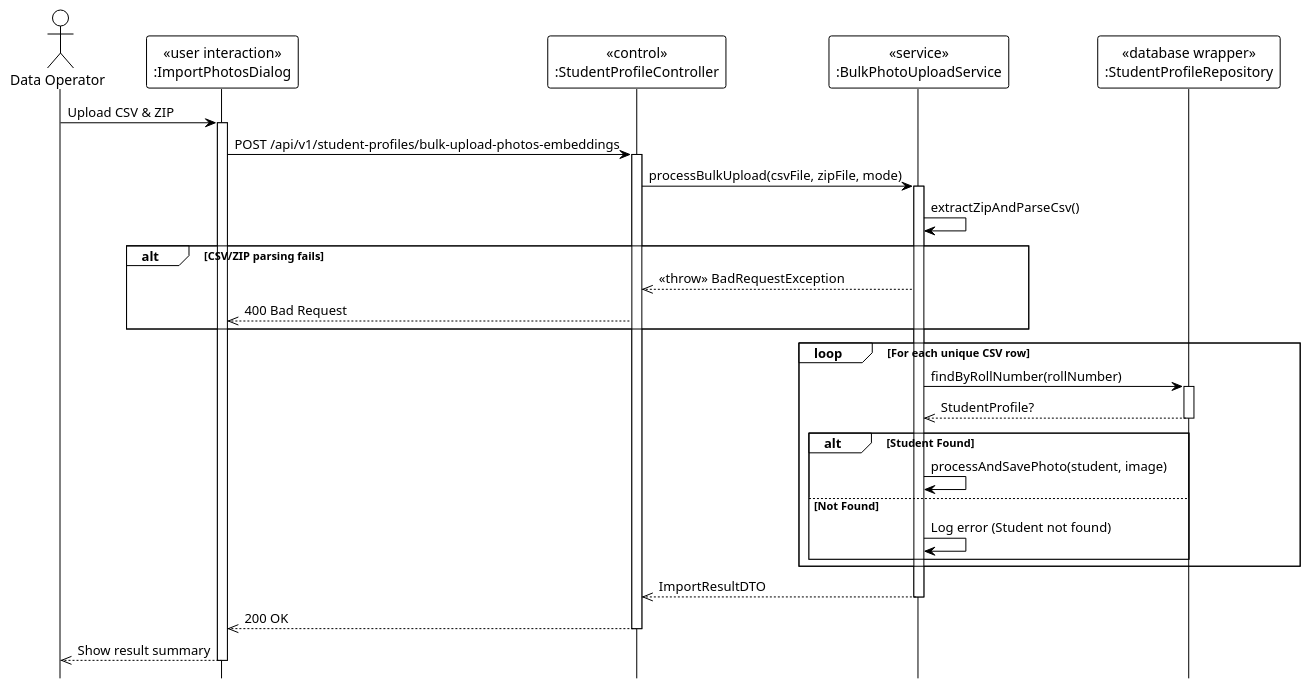
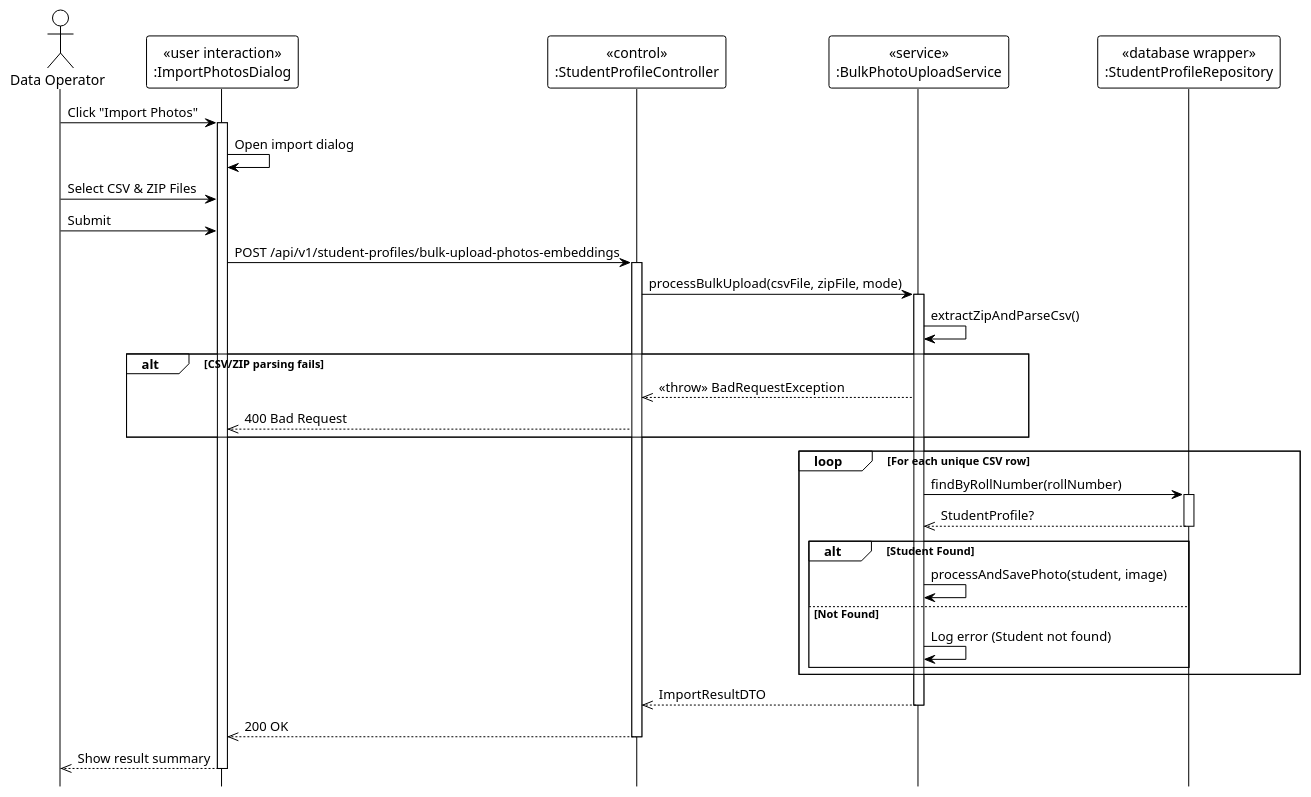
One commit to Ndh474/context changed the diagram in system_detailed_design/48_import_student_photos/sequence_diagram_import_student_photos.puml. Above: the diagram before and after it, drawn with PlantUML. The commit also changed 14 other files, not shown here.

Commit message:
docs: Add system detailed design sequence and class diagrams for student and staff management features.

```diff
--- a/system_detailed_design/48_import_student_photos/sequence_diagram_import_student_photos.puml
+++ b/system_detailed_design/48_import_student_photos/sequence_diagram_import_student_photos.puml
@@ -1,54 +1,59 @@
 @startuml import_student_photos
 !theme plain
 hide footbox
 
 actor "Data Operator" as Admin
 
 participant "«user interaction»\n:ImportPhotosDialog" as UI
 participant "«control»\n:StudentProfileController" as Controller
 participant "«service»\n:BulkPhotoUploadService" as Service
 participant "«database wrapper»\n:StudentProfileRepository" as Repository
 
 ' --- MAIN FLOW ---
-Admin -> UI: Upload CSV & ZIP
+Admin -> UI: Click "Import Photos"
 activate UI
+
+UI -> UI: Open import dialog
+
+Admin -> UI: Select CSV & ZIP Files
+Admin -> UI: Submit
 
 UI -> Controller: POST /api/v1/student-profiles/bulk-upload-photos-embeddings
 activate Controller
 
 Controller -> Service: processBulkUpload(csvFile, zipFile, mode)
 activate Service
 
 ' Internal: Extract ZIP & Parse CSV
 Service -> Service: extractZipAndParseCsv()
 
 alt CSV/ZIP parsing fails
     Service -->> Controller: <<throw>> BadRequestException
     Controller -->> UI: 400 Bad Request
 end
 
 ' --- PROCESSING LOOP ---
 loop For each unique CSV row
     Service -> Repository: findByRollNumber(rollNumber)
     activate Repository
     Repository -->> Service: StudentProfile?
     deactivate Repository
     
     alt Student Found
         ' Internal: Process image -> Upload -> Generate Embedding -> Save
         Service -> Service: processAndSavePhoto(student, image)
     else Not Found
          Service -> Service: Log error (Student not found)
     end
 end
 
 Service -->> Controller: ImportResultDTO
 deactivate Service
 
 Controller -->> UI: 200 OK
 deactivate Controller
 
 UI -->> Admin: Show result summary
 deactivate UI
 
 @enduml
```
